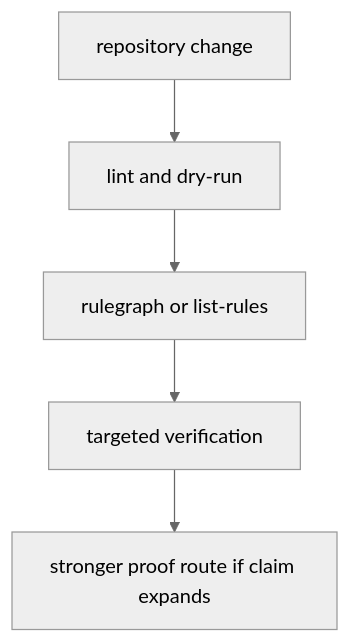
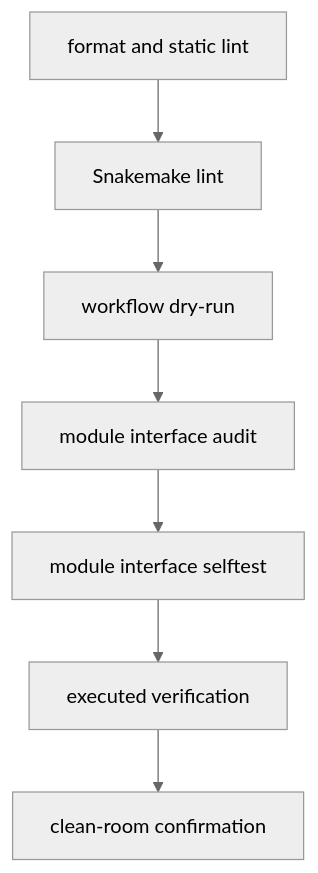
One commit to bijux/bijux-masterclass changed the second of 2 diagrams in programs/reproducible-research/deep-dive-snakemake/course-book/module-04-scaling-workflows-interface-boundaries/ci-gates-drift-control-and-review-surfaces.md. Above: the diagram before and after it, drawn with Mermaid (neutral theme). The commit also changed other lines of this file, not shown here.

Commit message:
docs(snakemake): make structural gates discriminating

````diff
--- a/programs/reproducible-research/deep-dive-snakemake/course-book/module-04-scaling-workflows-interface-boundaries/ci-gates-drift-control-and-review-surfaces.md
+++ b/programs/reproducible-research/deep-dive-snakemake/course-book/module-04-scaling-workflows-interface-boundaries/ci-gates-drift-control-and-review-surfaces.md
@@ -109,7 +163,9 @@
 ```mermaid
 flowchart TD
-  diff["repository change"] --> lint["lint and dry-run"]
-  lint --> surface["rulegraph or list-rules"]
-  surface --> verify["targeted verification"]
-  verify --> confirm["stronger proof route if claim expands"]
+  format["format and static lint"] --> wf_lint["Snakemake lint"]
+  wf_lint --> dryrun["workflow dry-run"]
+  dryrun --> interface["module interface audit"]
+  interface --> rejection["module interface selftest"]
+  rejection --> verify["executed verification"]
+  verify --> confirm["clean-room confirmation"]
 ```
````
